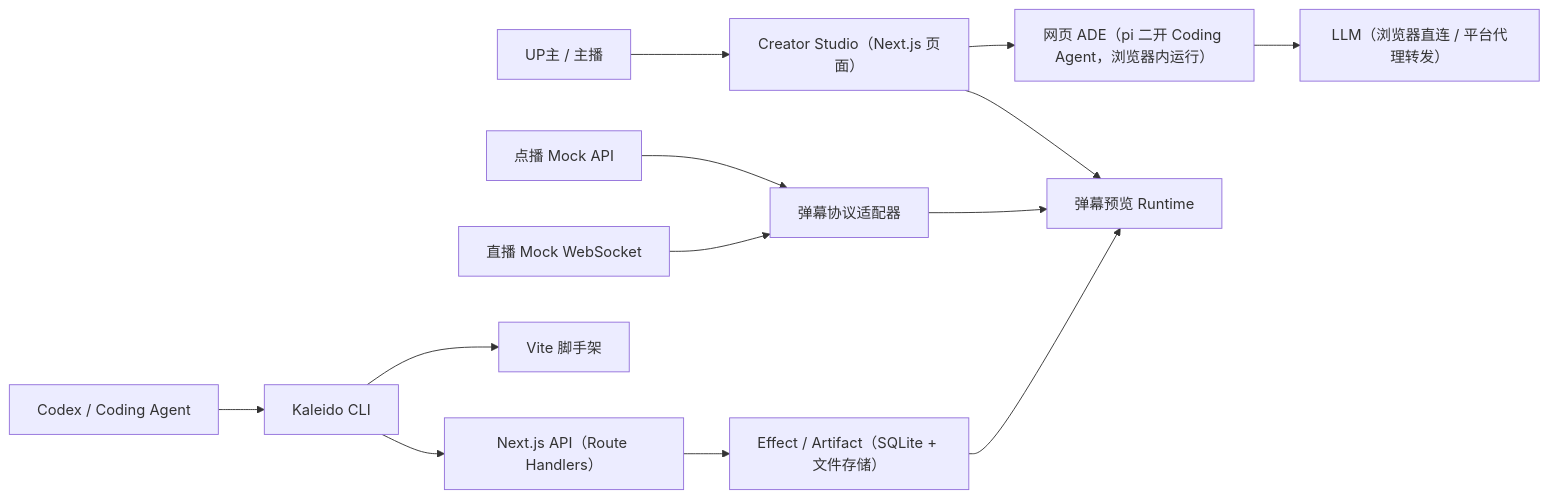
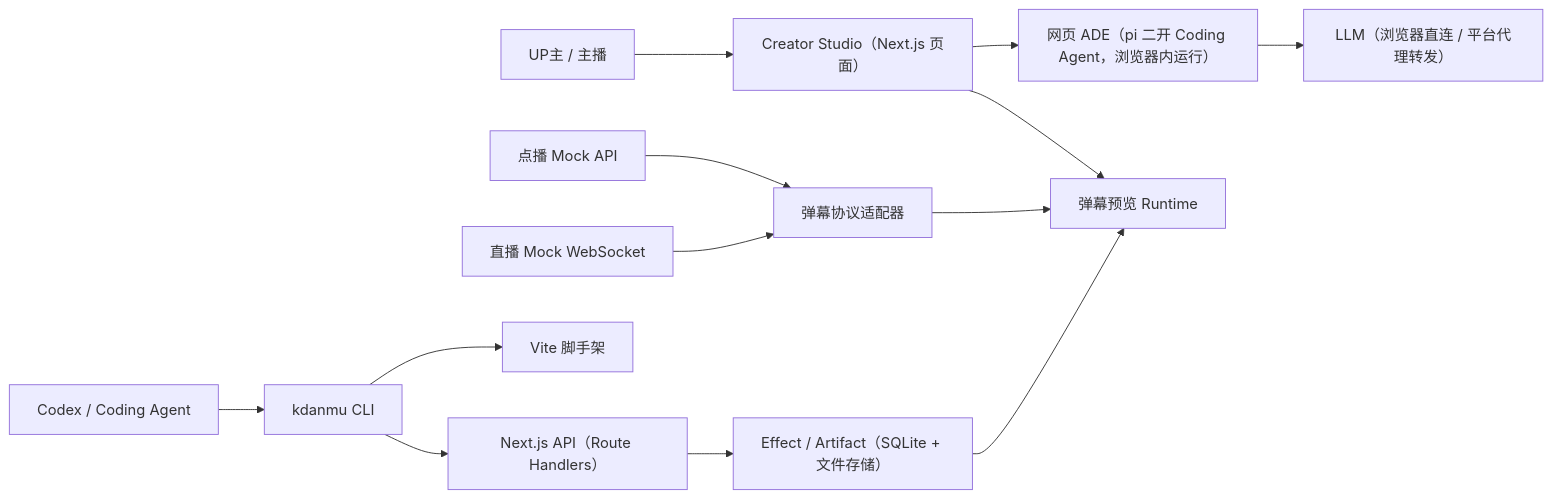
One commit to ji233-Sun/kaleidodanmu changed the diagram in docs/bilibili-kaleidoscope-danmaku-technical-plan.md. Above: the diagram before and after it, drawn with Mermaid. The commit also changed other lines of this file and 3 other files, not shown here.

Commit message:
refactor: rename CLI from 'kaleido' to 'kdanmu'

````diff
--- a/docs/bilibili-kaleidoscope-danmaku-technical-plan.md
+++ b/docs/bilibili-kaleidoscope-danmaku-technical-plan.md
@@ -13,17 +13,17 @@
 ```mermaid
 flowchart LR
     Creator["UP主 / 主播"] --> Studio["Creator Studio（Next.js 页面）"]
     Studio --> ADE["网页 ADE（pi 二开 Coding Agent，浏览器内运行）"]
     ADE --> LLM["LLM（浏览器直连 / 平台代理转发）"]
     Studio --> Runtime["弹幕预览 Runtime"]
 
     Vod["点播 Mock API"] --> Adapter["弹幕协议适配器"]
     Live["直播 Mock WebSocket"] --> Adapter
     Adapter --> Runtime
 
-    Agent["Codex / Coding Agent"] --> CLI["Kaleido CLI"]
+    Agent["Codex / Coding Agent"] --> CLI["kdanmu CLI"]
     CLI --> Dev["Vite 脚手架"]
     CLI --> Platform["Next.js API（Route Handlers）"]
     Platform --> Store["Effect / Artifact（SQLite + 文件存储）"]
     Store --> Runtime
 ```
````
